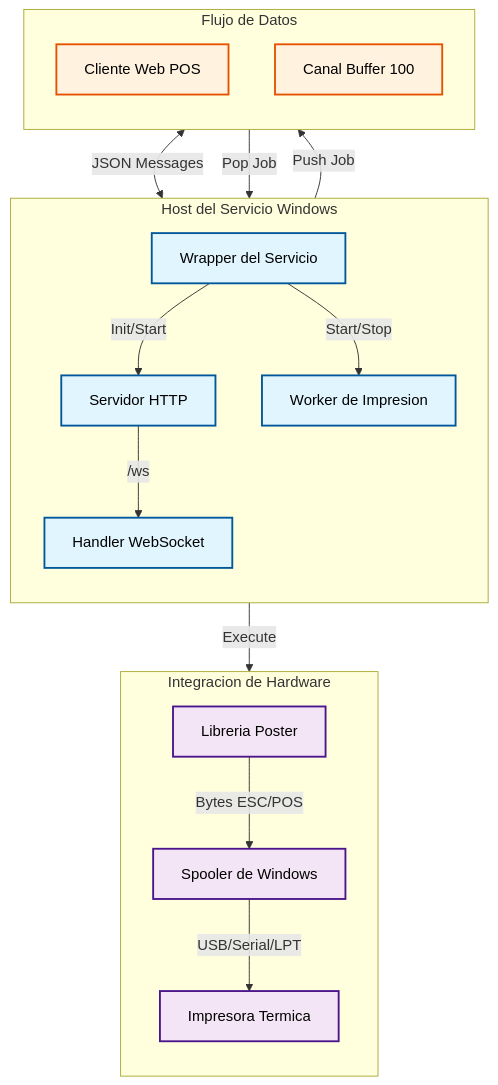
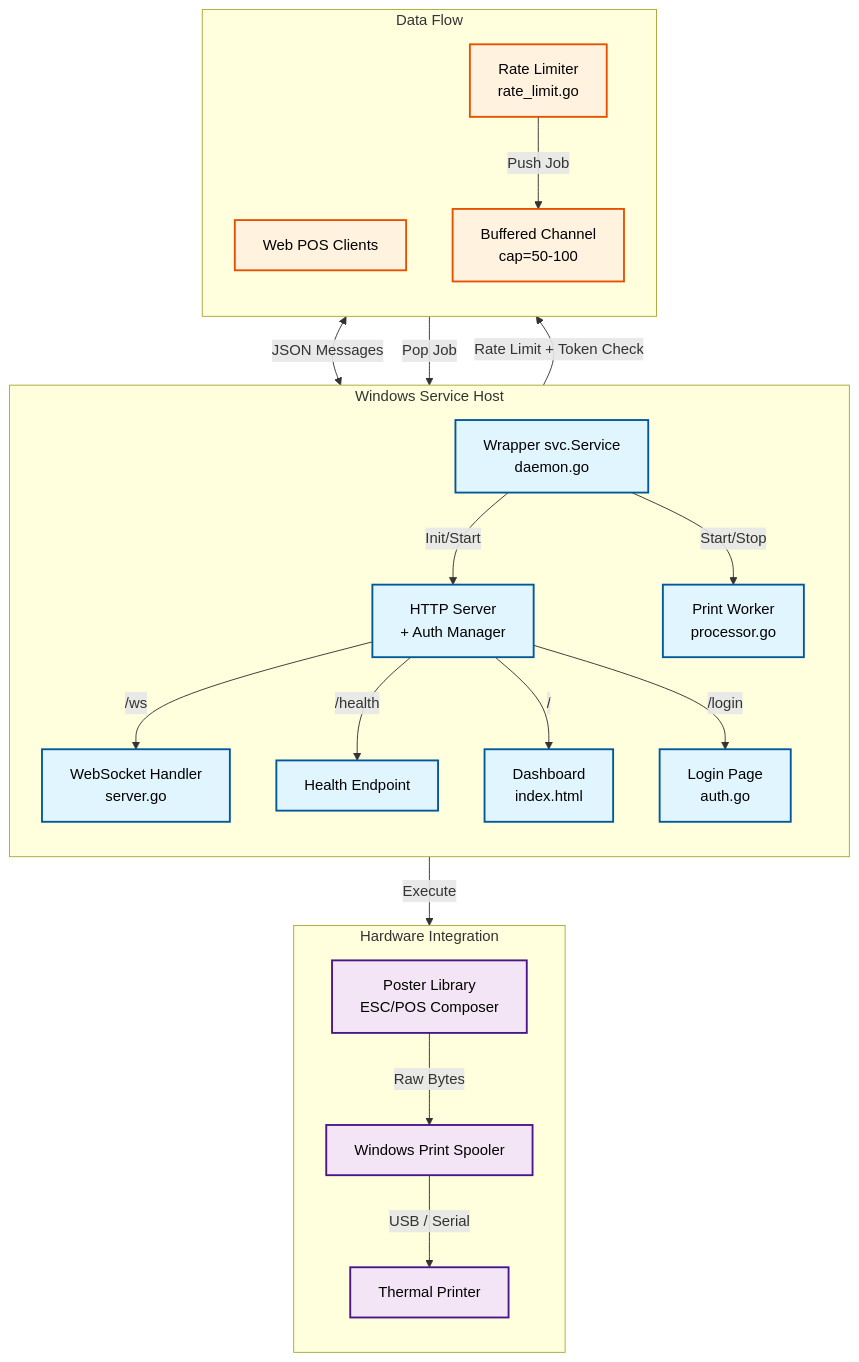
One commit to adcondev/ticket-daemon changed the first of 2 diagrams in README.md. Above: the diagram before and after it, drawn with Mermaid. The commit also changed other lines of this file and 2 other files, not shown here.

````diff
--- a/README.md
+++ b/README.md
@@ -37,27 +40,31 @@
 ```mermaid
 graph TD
     classDef go fill:#e1f5fe,stroke:#01579b,stroke-width:2px,color:#000;
     classDef data fill:#fff3e0,stroke:#e65100,stroke-width:2px,color:#000;
     classDef hw fill:#f3e5f5,stroke:#4a148c,stroke-width:2px,color:#000;
 
-    subgraph Host["Host del Servicio Windows"]
+    subgraph Host["Windows Service Host"]
         direction TB
-        Service[Wrapper del Servicio]:::go -->|Init/Start| HTTP[Servidor HTTP]:::go
-        Service -->|Start/Stop| Worker[Worker de Impresion]:::go
-        HTTP -->|/ws| WSServer[Handler WebSocket]:::go
+        Service["Wrapper svc.Service<br/>daemon.go"]:::go -->|Init/Start| HTTP["HTTP Server<br/>+ Auth Manager"]:::go
+        Service -->|Start/Stop| Worker["Print Worker<br/>processor.go"]:::go
+        HTTP -->|"/ws"| WSServer["WebSocket Handler<br/>server.go"]:::go
+        HTTP -->|"/health"| Health["Health Endpoint"]:::go
+        HTTP -->|"/"| Dashboard["Dashboard<br/>index.html"]:::go
+        HTTP -->|"/login"| Login["Login Page<br/>auth.go"]:::go
     end
 
-    subgraph Flow["Flujo de Datos"]
+    subgraph Flow["Data Flow"]
         direction TB
-        Client[Cliente Web POS]:::data <-->|JSON Messages| WSServer
-        WSServer -->|Push Job| Queue[Canal Buffer 100]:::data
+        Client["Web POS Clients"]:::data <-->|JSON Messages| WSServer
+        WSServer -->|Rate Limit + Token Check| RateLimit["Rate Limiter<br/>rate_limit.go"]:::data
+        RateLimit -->|Push Job| Queue["Buffered Channel<br/>cap=50-100"]:::data
         Queue -->|Pop Job| Worker
     end
 
-    subgraph Hardware["Integracion de Hardware"]
+    subgraph Hardware["Hardware Integration"]
         direction TB
-        Worker -->|Execute| PosterLib[Libreria Poster]:::hw
-        PosterLib -->|Bytes ESC/POS| Spooler[Spooler de Windows]:::hw
-        Spooler -->|USB/Serial/LPT| Printer[Impresora Termica]:::hw
+        Worker -->|Execute| PosterLib["Poster Library<br/>ESC/POS Composer"]:::hw
+        PosterLib -->|Raw Bytes| Spooler["Windows Print Spooler"]:::hw
+        Spooler -->|USB / Serial| Printer["Thermal Printer"]:::hw
     end
 ```
````
